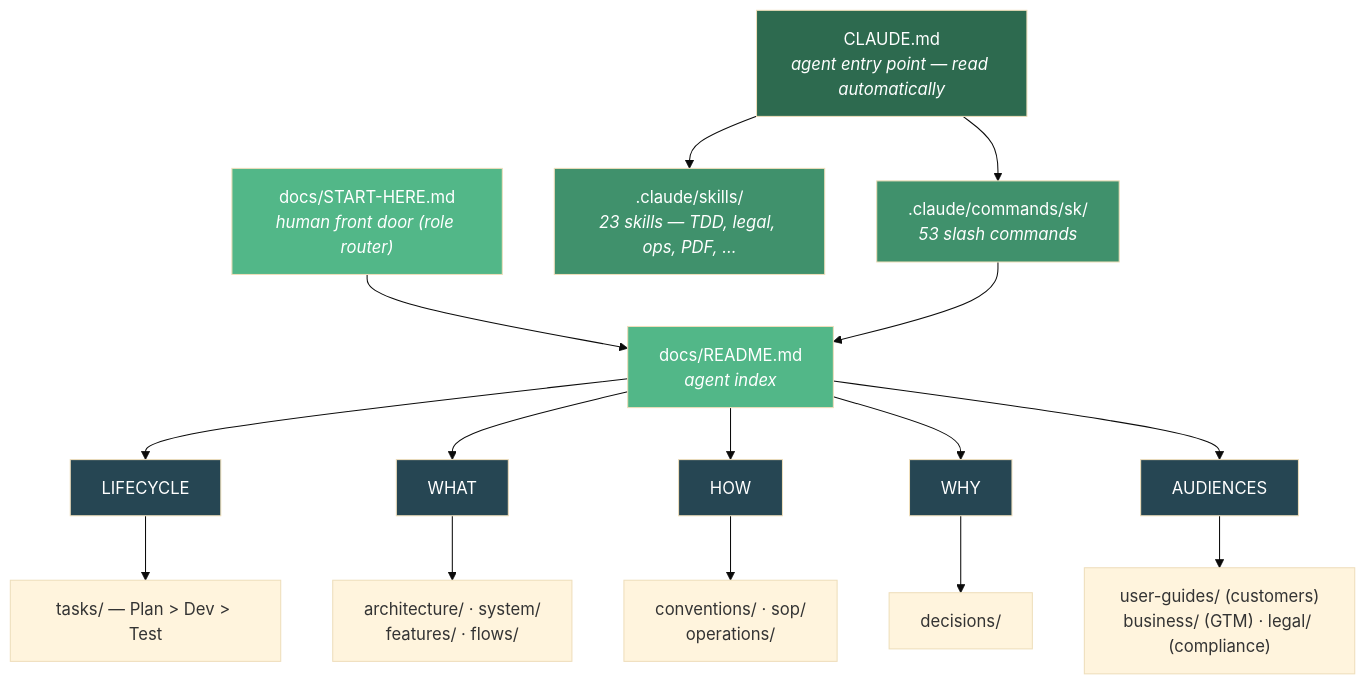
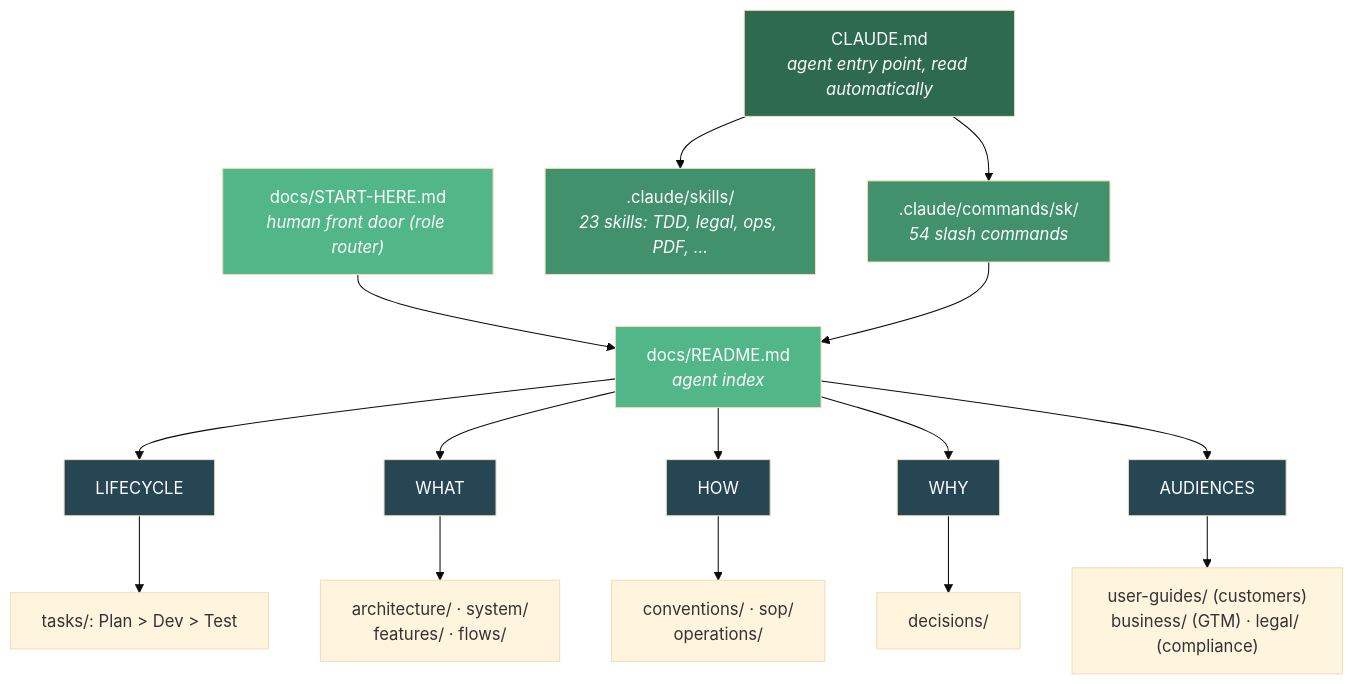
The diagram in assets/src/how-it-works.mmd (moniav/sk), drawn with Mermaid (base theme) before and after one commit. The commit also changed 55 other files, not shown here.

First line of the commit message:
docs: bring SK's docs, flows and diagrams up to date

```diff
--- a/assets/src/how-it-works.mmd
+++ b/assets/src/how-it-works.mmd
@@ -1,28 +1,28 @@
 graph TD
-    A["CLAUDE.md<br/><i>agent entry point — read automatically</i>"] --> B[".claude/commands/sk/<br/><i>53 slash commands</i>"]
-    A --> B2[".claude/skills/<br/><i>23 skills — TDD, legal, ops, PDF, ...</i>"]
+    A["CLAUDE.md<br/><i>agent entry point, read automatically</i>"] --> B[".claude/commands/sk/<br/><i>54 slash commands</i>"]
+    A --> B2[".claude/skills/<br/><i>23 skills: TDD, legal, ops, PDF, ...</i>"]
     SH["docs/START-HERE.md<br/><i>human front door (role router)</i>"] --> C
     B --> C["docs/README.md<br/><i>agent index</i>"]
 
     C --> D["LIFECYCLE"]
     C --> E["WHAT"]
     C --> G["HOW"]
     C --> F["WHY"]
     C --> H["AUDIENCES"]
 
-    D --> D1["tasks/ — Plan > Dev > Test"]
+    D --> D1["tasks/: Plan > Dev > Test"]
     E --> E1["architecture/ · system/<br/>features/ · flows/"]
     G --> G1["conventions/ · sop/<br/>operations/"]
     F --> F1["decisions/"]
     H --> H1["user-guides/ (customers)<br/>business/ (GTM) · legal/ (compliance)"]
 
     style A fill:#2d6a4f,color:#fff
     style B fill:#40916c,color:#fff
     style B2 fill:#40916c,color:#fff
     style SH fill:#52b788,color:#fff
     style C fill:#52b788,color:#fff
     style D fill:#264653,color:#fff
     style E fill:#264653,color:#fff
     style F fill:#264653,color:#fff
     style G fill:#264653,color:#fff
     style H fill:#264653,color:#fff
```
